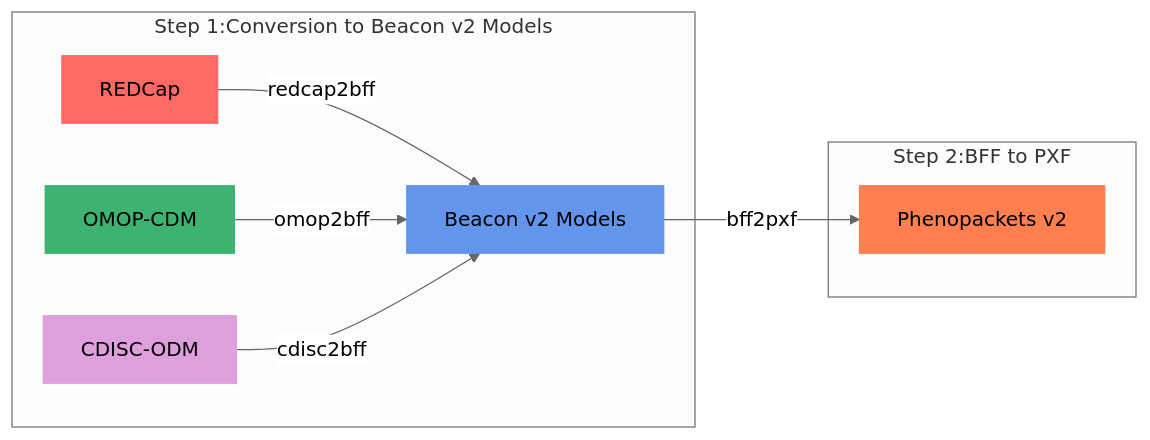
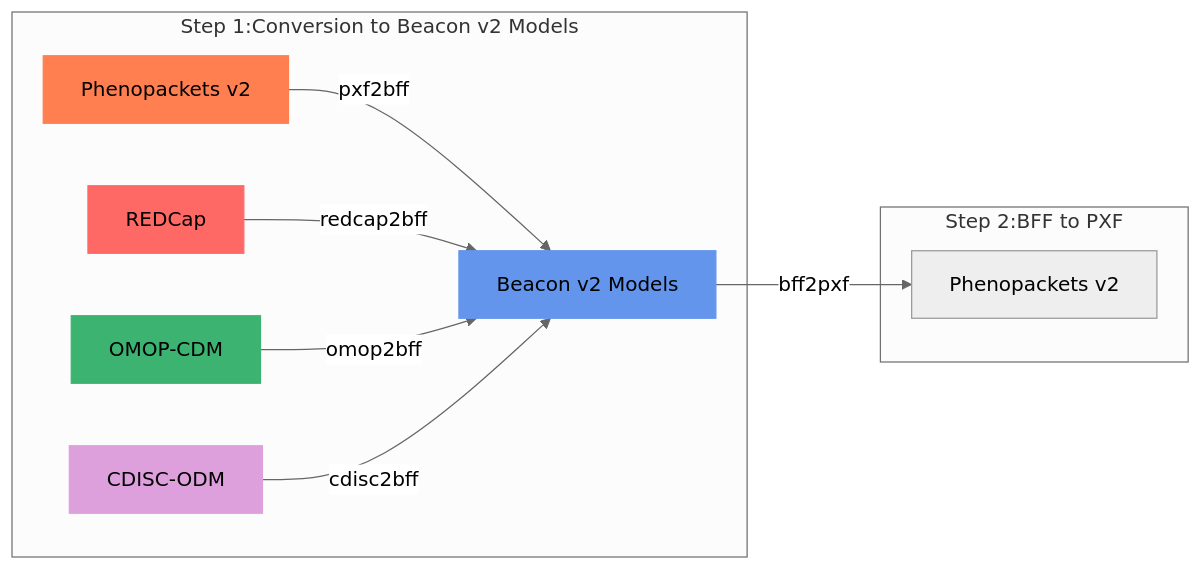
One commit to CNAG-Biomedical-Informatics/convert-pheno changed the diagram in docs/mapping-steps.md. Above: the diagram before and after it, drawn with Mermaid. The commit also changed other lines of this file and 3 other files, not shown here.

````diff
--- a/docs/mapping-steps.md
+++ b/docs/mapping-steps.md
@@ -6,19 +6,20 @@
 ```mermaid
 %%{init: {'theme':'neutral'}}%%
 graph LR
   subgraph "Step 1:Conversion to Beacon v2 Models"
+  B[Phenopackets v2] -->|pxf2bff| A
   C[REDCap] -->|redcap2bff| A[Beacon v2 Models]
   D[OMOP-CDM] -->|omop2bff| A
   E[CDISC-ODM] -->|cdisc2bff| A
   end
 
   subgraph "Step 2:BFF to PXF"
-  A --> |bff2pxf| B[Phenopackets v2]
+  A --> |bff2pxf| F[Phenopackets v2]
   end
 
   style A fill: #6495ED, stroke: #6495ED
   style B fill: #FF7F50, stroke: #FF7F50
   style C fill: #FF6965, stroke: #FF6965
   style D fill: #3CB371, stroke: #3CB371
   style E fill: #DDA0DD, stroke: #DDA0DD
 ```
````
